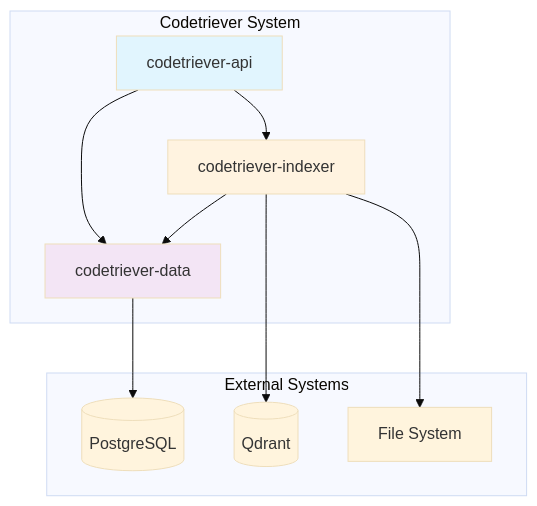
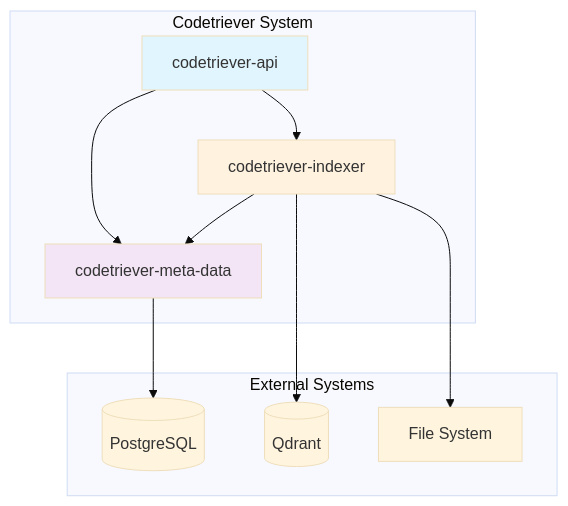
Before and after one commit to clafollett/codetriever: the first of 8 diagrams in docs/architecture/current-architecture.md, drawn with Mermaid (base theme). The commit also changed 134 other files, not shown here.

````diff
--- a/docs/architecture/current-architecture.md
+++ b/docs/architecture/current-architecture.md
@@ -9,25 +9,25 @@
 ```mermaid
 graph TB
     subgraph "External Systems"
         PG[(PostgreSQL)]
         QD[(Qdrant)]
         FS[File System]
     end
     
     subgraph "Codetriever System"
         API[codetriever-api]
         IDX[codetriever-indexer]
-        DATA[codetriever-data]
+        DATA[codetriever-meta-data]
     end
     
     API --> IDX
     API --> DATA
     IDX --> DATA
     IDX --> QD
     DATA --> PG
     IDX --> FS
     
     style API fill:#e1f5fe
     style IDX fill:#fff3e0
     style DATA fill:#f3e5f5
 ```
````
